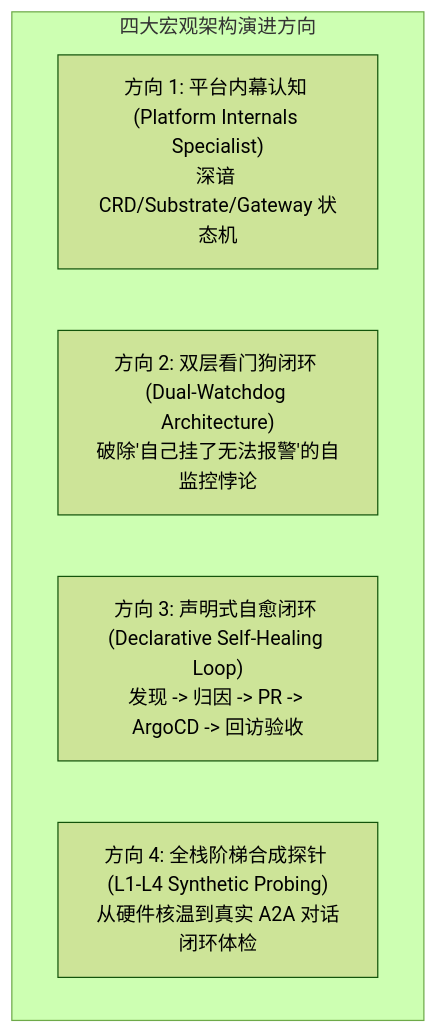
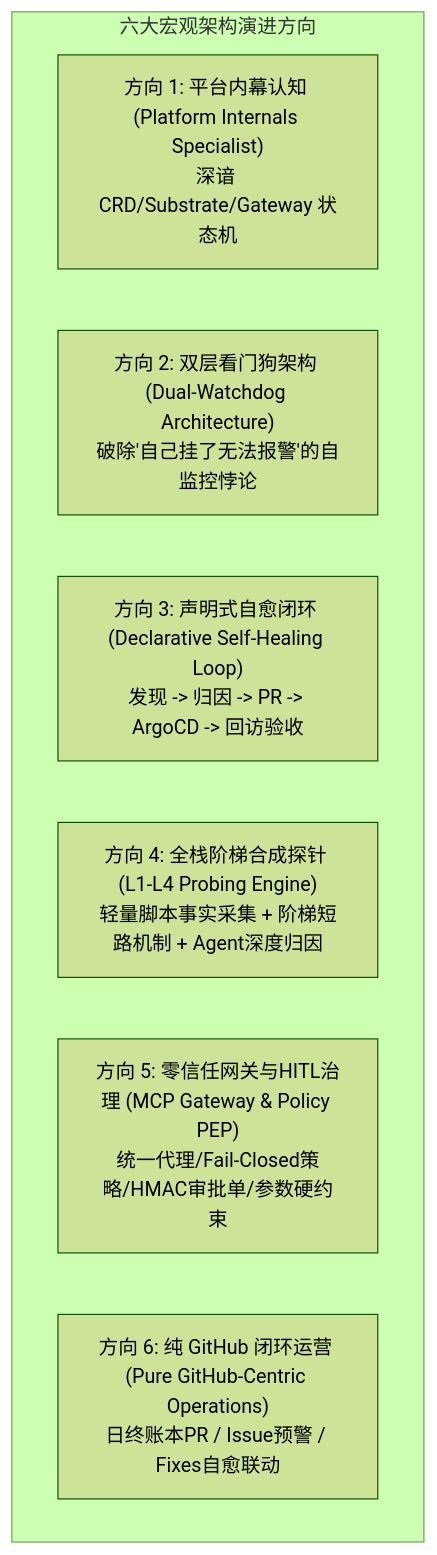
Before and after one commit to SDB-DevOps/KagentGuardian: the second of 3 diagrams in docs/design/02-OPERATIONS_GUARDIAN_HIGH_LEVEL_DESIGN.md, drawn with Mermaid (forest theme). The commit also changed other lines of this file and 2 other files, not shown here.

Commit message:
docs: update HLD and LLD to v2.0 incorporating AgentStage MCP Gateway, HITL governance, hybrid engine, and GitHub-centric operations

````diff
--- a/docs/design/02-OPERATIONS_GUARDIAN_HIGH_LEVEL_DESIGN.md
+++ b/docs/design/02-OPERATIONS_GUARDIAN_HIGH_LEVEL_DESIGN.md
@@ -56,9 +68,11 @@
 ```mermaid
 graph TB
-    subgraph ArchDirections["四大宏观架构演进方向"]
+    subgraph ArchDirections["六大宏观架构演进方向"]
         D1["方向 1: 平台内幕认知 (Platform Internals Specialist)<br>深谙 CRD/Substrate/Gateway 状态机"]
-        D2["方向 2: 双层看门狗闭环 (Dual-Watchdog Architecture)<br>破除'自己挂了无法报警'的自监控悖论"]
+        D2["方向 2: 双层看门狗架构 (Dual-Watchdog Architecture)<br>破除'自己挂了无法报警'的自监控悖论"]
         D3["方向 3: 声明式自愈闭环 (Declarative Self-Healing Loop)<br>发现 -> 归因 -> PR -> ArgoCD -> 回访验收"]
-        D4["方向 4: 全栈阶梯合成探针 (L1-L4 Synthetic Probing)<br>从硬件核温到真实 A2A 对话闭环体检"]
+        D4["方向 4: 全栈阶梯合成探针 (L1-L4 Probing Engine)<br>轻量脚本事实采集 + 阶梯短路机制 + Agent深度归因"]
+        D5["方向 5: 零信任网关与HITL治理 (MCP Gateway & Policy PEP)<br>统一代理/Fail-Closed策略/HMAC审批单/参数硬约束"]
+        D6["方向 6: 纯 GitHub 闭环运营 (Pure GitHub-Centric Operations)<br>日终账本PR / Issue预警 / Fixes自愈联动"]
     end
 ```
````
